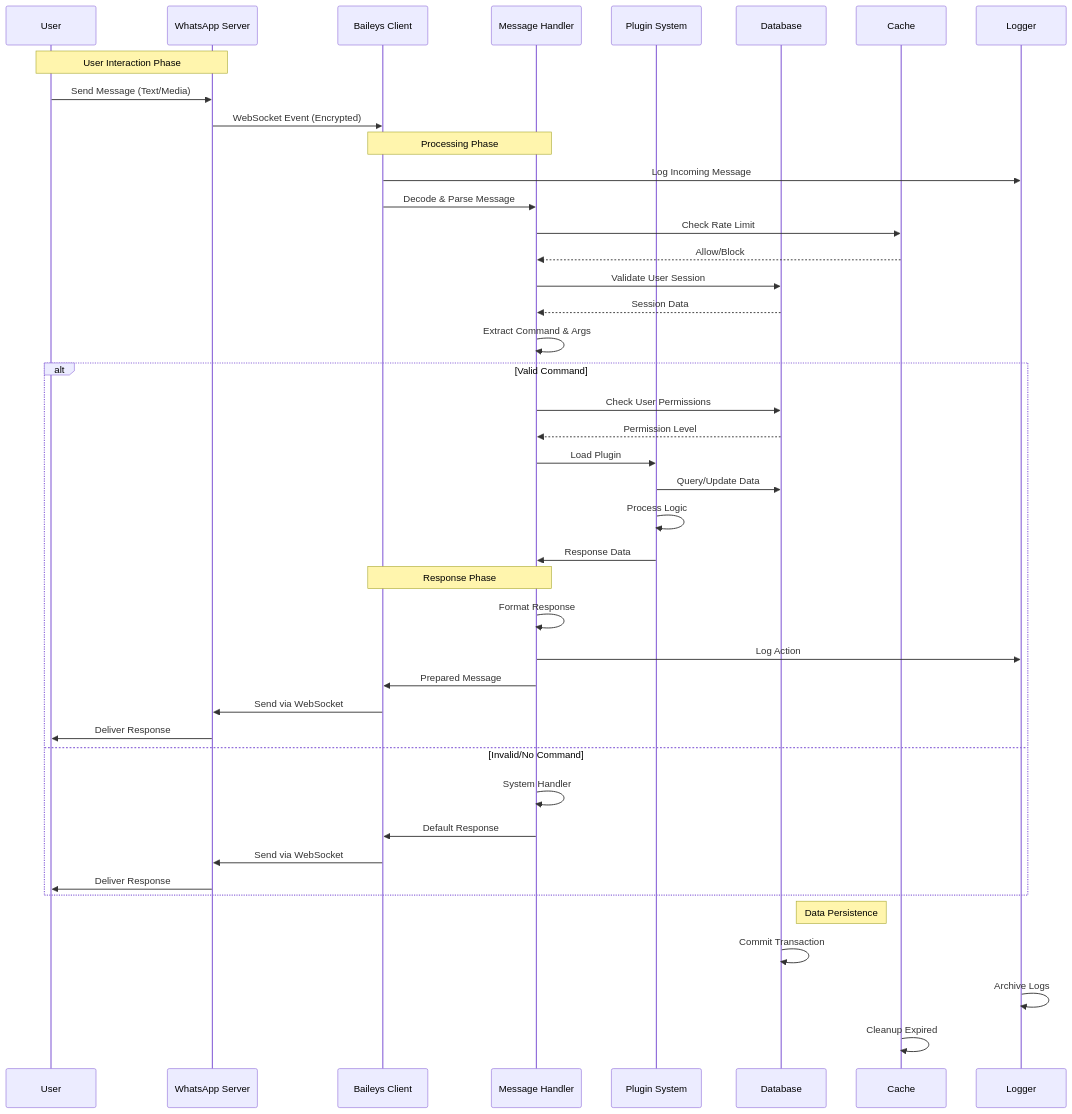
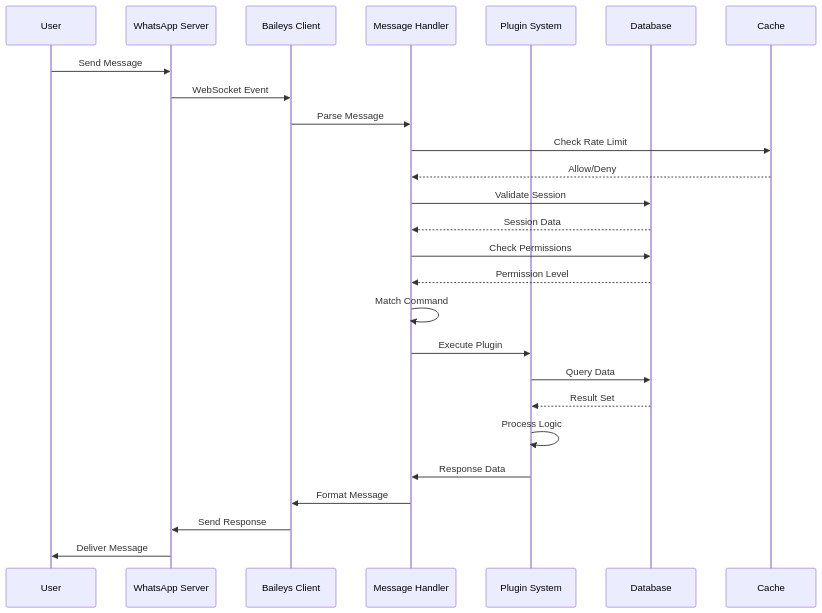
One commit to naruyaizumi/liora changed the second of 2 diagrams in README.md. Above: the diagram before and after it, drawn with Mermaid. The commit also changed other lines of this file, not shown here.

````diff
--- a/README.md
+++ b/README.md
@@ -158,51 +167,29 @@
 ```mermaid
 sequenceDiagram
     participant U as User
     participant WA as WhatsApp Server
     participant B as Baileys Client
     participant H as Message Handler
     participant P as Plugin System
     participant DB as Database
     participant C as Cache
-    participant L as Logger
 
-    Note over U,WA: User Interaction Phase
-    U->>WA: Send Message (Text/Media)
-    WA->>B: WebSocket Event (Encrypted)
-    
-    Note over B,H: Processing Phase
-    B->>L: Log Incoming Message
-    B->>H: Decode & Parse Message
+    U->>WA: Send Message
+    WA->>B: WebSocket Event
+    B->>H: Parse Message
     H->>C: Check Rate Limit
-    C-->>H: Allow/Block
-    H->>DB: Validate User Session
+    C-->>H: Allow/Deny
+    H->>DB: Validate Session
     DB-->>H: Session Data
-    H->>H: Extract Command & Args
-    
-    alt Valid Command
-        H->>DB: Check User Permissions
-        DB-->>H: Permission Level
-        H->>P: Load Plugin
-        P->>DB: Query/Update Data
-        P->>P: Process Logic
-        P->>H: Response Data
-        
-        Note over H,B: Response Phase
-        H->>H: Format Response
-        H->>L: Log Action
-        H->>B: Prepared Message
-        B->>WA: Send via WebSocket
-        WA->>U: Deliver Response
-        
-    else Invalid/No Command
-        H->>H: System Handler
-        H->>B: Default Response
-        B->>WA: Send via WebSocket
-        WA->>U: Deliver Response
-    end
-    
-    Note right of DB: Data Persistence
-    DB->>DB: Commit Transaction
-    L->>L: Archive Logs
-    C->>C: Cleanup Expired
+    H->>DB: Check Permissions
+    DB-->>H: Permission Level
+    H->>H: Match Command
+    H->>P: Execute Plugin
+    P->>DB: Query Data
+    DB-->>P: Result Set
+    P->>P: Process Logic
+    P->>H: Response Data
+    H->>B: Format Message
+    B->>WA: Send Response
+    WA->>U: Deliver Message
 ```
````
